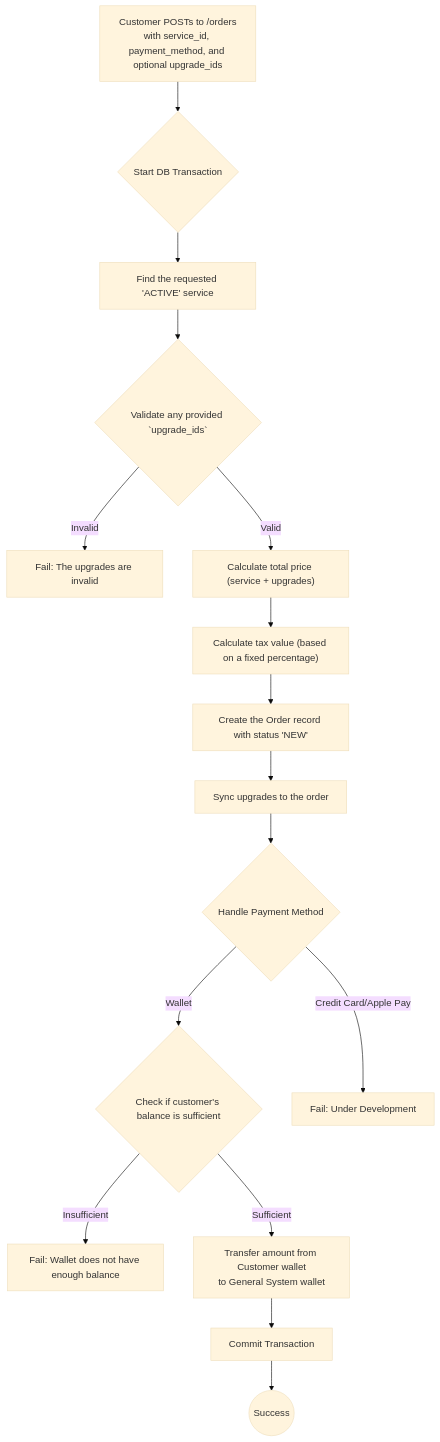
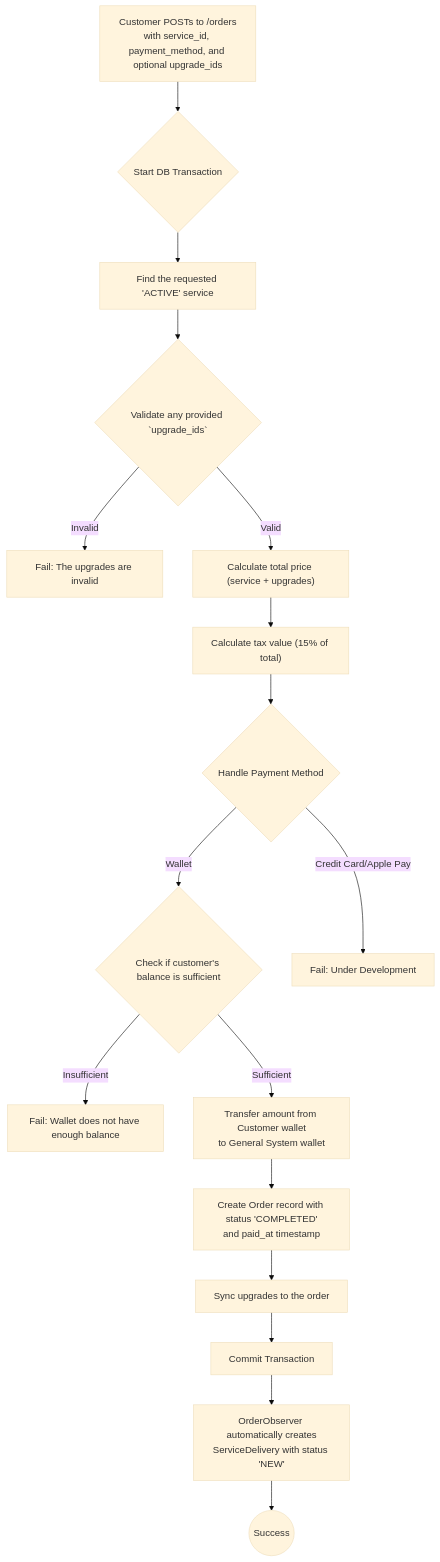
The first of 2 diagrams in docs/workflows/customer/order-management.md (khalidgxg/brooder-doc), drawn with Mermaid (base theme) before and after one commit. The commit also changed other lines of this file and 4 other files, not shown here.

````diff
--- a/docs/workflows/customer/order-management.md
+++ b/docs/workflows/customer/order-management.md
@@ -20,18 +20,19 @@
 ```mermaid
 graph TD
     A["Customer POSTs to /orders<br>with service_id, payment_method, and optional upgrade_ids"] --> B{"Start DB Transaction"};
     B --> C["Find the requested 'ACTIVE' service"];
     C --> D{"Validate any provided `upgrade_ids`"};
     D -- Invalid --> E["Fail: The upgrades are invalid"];
     D -- Valid --> F["Calculate total price (service + upgrades)"];
-    F --> G["Calculate tax value (based on a fixed percentage)"];
-    G --> H["Create the Order record with status 'NEW'"];
-    H --> I["Sync upgrades to the order"];
-    I --> J{"Handle Payment Method"};
-    J -- Wallet --> K{"Check if customer's balance is sufficient"};
-    K -- Insufficient --> L["Fail: Wallet does not have enough balance"];
-    K -- Sufficient --> M["Transfer amount from Customer wallet<br>to General System wallet"];
-    J -- "Credit Card/Apple Pay" --> N["Fail: Under Development"];
-    M --> O["Commit Transaction"];
-    O --> P((Success));
+    F --> G["Calculate tax value (15% of total)"];
+    G --> H{"Handle Payment Method"};
+    H -- Wallet --> I{"Check if customer's balance is sufficient"};
+    I -- Insufficient --> J["Fail: Wallet does not have enough balance"];
+    I -- Sufficient --> K["Transfer amount from Customer wallet<br>to General System wallet"];
+    H -- "Credit Card/Apple Pay" --> L["Fail: Under Development"];
+    K --> M["Create Order record with status 'COMPLETED'<br>and paid_at timestamp"];
+    M --> N["Sync upgrades to the order"];
+    N --> O["Commit Transaction"];
+    O --> P["OrderObserver automatically creates<br>ServiceDelivery with status 'NEW'"];
+    P --> Q((Success));
 ```
````
